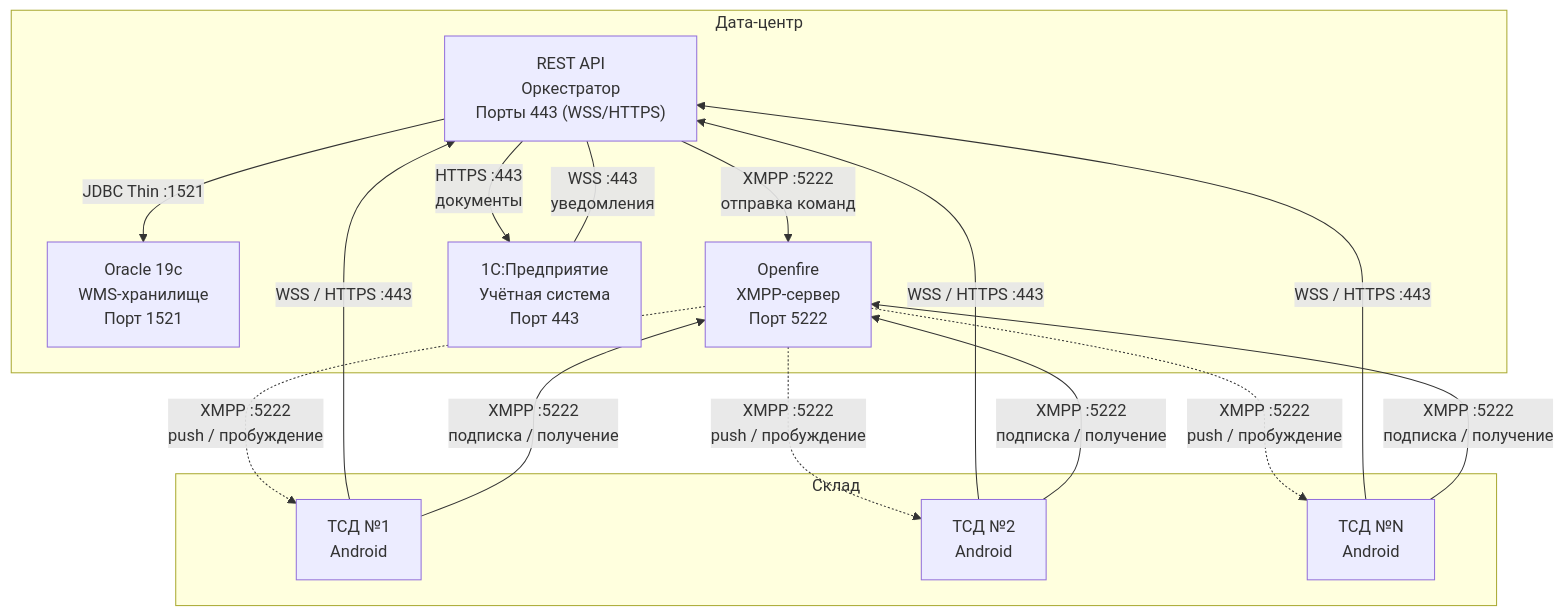
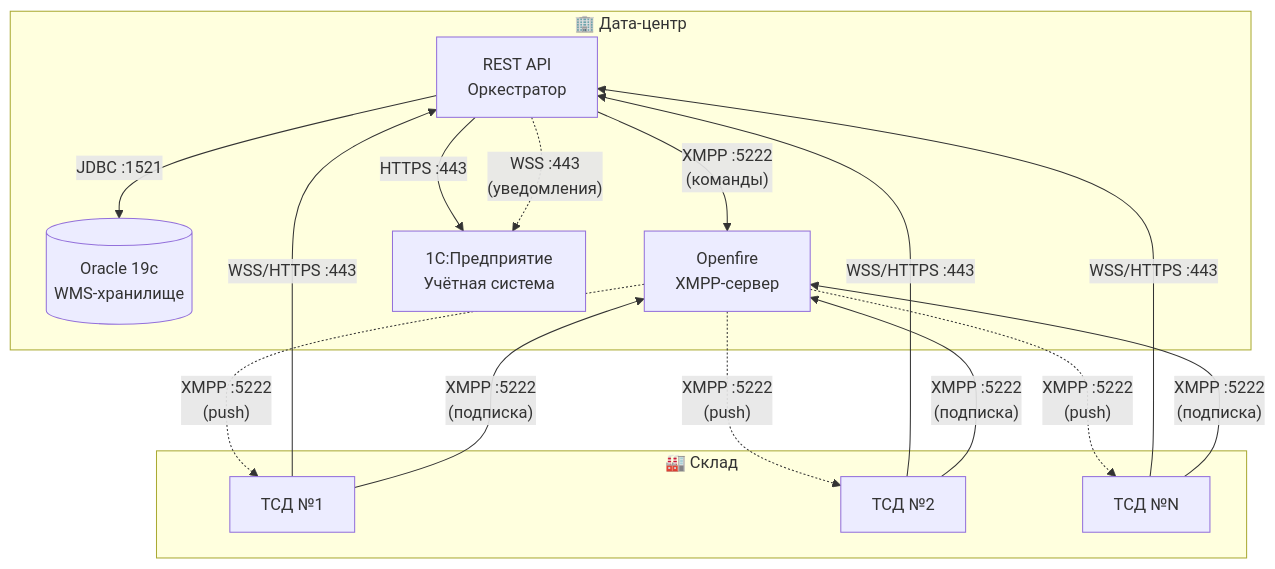
One commit to polushindn-art/oralce-api changed the fourth of 4 diagrams in src/main/resources/markdown/Tech_spec/Tech_Spec.md. Above: the diagram before and after it, drawn with Mermaid. The commit also changed other lines of this file and 3 other files, not shown here.

````diff
--- a/src/main/resources/markdown/Tech_spec/Tech_Spec.md
+++ b/src/main/resources/markdown/Tech_spec/Tech_Spec.md
@@ -391,40 +411,40 @@
 ```mermaid
 flowchart TB
-    subgraph DC[Дата-центр]
-        ORA_SRV["Oracle 19c<br/>WMS-хранилище<br/>Порт 1521"]
-        API_SRV["REST API<br/>Оркестратор<br/>Порты 443 (WSS/HTTPS)"]
-        OF_SRV["Openfire<br/>XMPP-сервер<br/>Порт 5222"]
-        ONEC_SRV["1С:Предприятие<br/>Учётная система<br/>Порт 443"]
-    end
+   subgraph DC["🏢 Дата-центр"]
+      ORA_SRV[("Oracle 19c<br/>WMS-хранилище")]
+      API_SRV["REST API<br/>Оркестратор"]
+      OF_SRV["Openfire<br/>XMPP-сервер"]
+      ONEC_SRV["1С:Предприятие<br/>Учётная система"]
+   end
 
-    subgraph WH[Склад]
-        TSD1["ТСД №1<br/>Android"]
-        TSD2["ТСД №2<br/>Android"]
-        TSDN["ТСД №N<br/>Android"]
-    end
+   subgraph WH["🏭 Склад"]
+      TSD1["ТСД №1"]
+      TSD2["ТСД №2"]
+      TSDN["ТСД №N"]
+   end
 
-    %% ТСД → REST API (WebSocket и HTTPS на 443)
-    TSD1 -->|"WSS / HTTPS :443"| API_SRV
-    TSD2 -->|"WSS / HTTPS :443"| API_SRV
-    TSDN -->|"WSS / HTTPS :443"| API_SRV
+%% ТСД → REST API
+   TSD1 -->|"WSS/HTTPS :443"| API_SRV
+   TSD2 -->|"WSS/HTTPS :443"| API_SRV
+   TSDN -->|"WSS/HTTPS :443"| API_SRV
 
-    %% ТСД → Openfire (XMPP на 5222) — только для получения уведомлений
-    TSD1 -->|"XMPP :5222<br/>подписка / получение"| OF_SRV
-    TSD2 -->|"XMPP :5222<br/>подписка / получение"| OF_SRV
-    TSDN -->|"XMPP :5222<br/>подписка / получение"| OF_SRV
+%% ТСД → Openfire (подписка)
+   TSD1 -->|"XMPP :5222<br/>(подписка)"| OF_SRV
+   TSD2 -->|"XMPP :5222<br/>(подписка)"| OF_SRV
+   TSDN -->|"XMPP :5222<br/>(подписка)"| OF_SRV
 
-    %% REST API → Openfire (отправка команд на пробуждение)
-    API_SRV -->|"XMPP :5222<br/>отправка команд"| OF_SRV
+%% REST → Openfire (команды)
+   API_SRV -->|"XMPP :5222<br/>(команды)"| OF_SRV
 
-    %% Openfire → ТСД (доставка уведомлений)
-    OF_SRV -.->|"XMPP :5222<br/>push / пробуждение"| TSD1
-    OF_SRV -.->|"XMPP :5222<br/>push / пробуждение"| TSD2
-    OF_SRV -.->|"XMPP :5222<br/>push / пробуждение"| TSDN
+%% Openfire → ТСД (уведомления)
+   OF_SRV -.->|"XMPP :5222<br/>(push)"| TSD1
+   OF_SRV -.->|"XMPP :5222<br/>(push)"| TSD2
+   OF_SRV -.->|"XMPP :5222<br/>(push)"| TSDN
 
-    %% REST API → Oracle
-    API_SRV -->|"JDBC Thin :1521"| ORA_SRV
+%% REST → Oracle
+   API_SRV -->|"JDBC :1521"| ORA_SRV
 
-    %% REST API → 1С
-    API_SRV -->|"HTTPS :443<br/>документы"| ONEC_SRV
-    API_SRV ---|"WSS :443<br/>уведомления"| ONEC_SRV
+%% REST → 1С
+   API_SRV -->|"HTTPS :443"| ONEC_SRV
+   API_SRV -.->|"WSS :443<br/>(уведомления)"| ONEC_SRV
 ```
````
